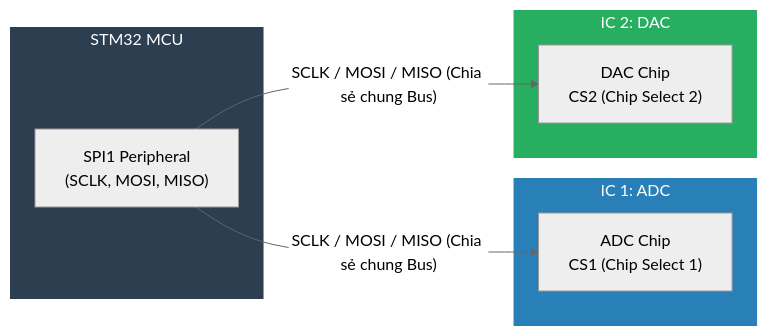
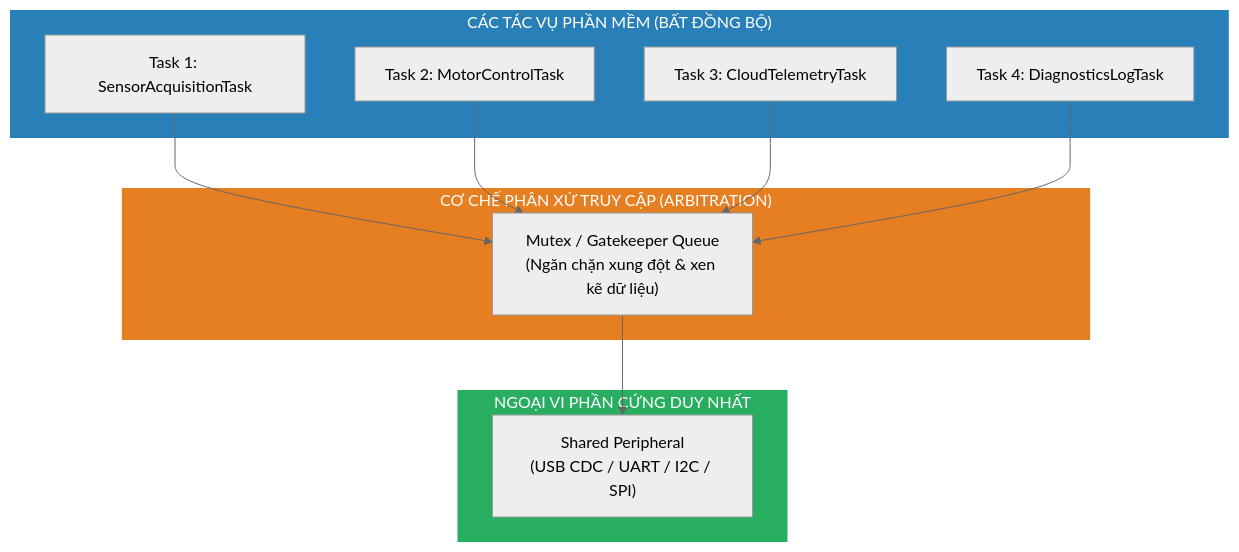
The first of 8 diagrams in 10_Sharing_Hardware_Peripherals.md (MinnT15/RTOS), drawn with Mermaid (neutral theme) before and after one commit. The commit also changed other lines of this file, not shown here.

Commit message:
docs: upgrade Chapter 10 Sharing Hardware Peripherals across Tasks to 100% textbook depth (Amos Ch11 & Barry Ch7)

````diff
--- a/10_Sharing_Hardware_Peripherals.md
+++ b/10_Sharing_Hardware_Peripherals.md
@@ -481,21 +72,27 @@
 ```mermaid
-graph LR
-    subgraph MCU ["STM32 MCU"]
-        SPI1["SPI1 Peripheral<br/>(SCLK, MOSI, MISO)"]
+graph TD
+    subgraph TASKS ["CÁC TÁC VỤ PHẦN MỀM (BẤT ĐỒNG BỘ)"]
+        T1["Task 1: SensorAcquisitionTask"]
+        T2["Task 2: MotorControlTask"]
+        T3["Task 3: CloudTelemetryTask"]
+        T4["Task 4: DiagnosticsLogTask"]
     end
-    
-    subgraph IC1 ["IC 1: ADC"]
-        ADC["ADC Chip<br/>CS1 (Chip Select 1)"]
+
+    subgraph ARB ["CƠ CHẾ PHÂN XỬ TRUY CẬP (ARBITRATION)"]
+        LOCK["Mutex / Gatekeeper Queue<br/>(Ngăn chặn xung đột & xen kẽ dữ liệu)"]
     end
-    
-    subgraph IC2 ["IC 2: DAC"]
-        DAC["DAC Chip<br/>CS2 (Chip Select 2)"]
+
+    subgraph HW ["NGOẠI VI PHẦN CỨNG DUY NHẤT"]
+        DEV["Shared Peripheral<br/>(USB CDC / UART / I2C / SPI)"]
     end
-    
-    SPI1 -- "SCLK / MOSI / MISO (Chia sẻ chung Bus)" --> ADC
-    SPI1 -- "SCLK / MOSI / MISO (Chia sẻ chung Bus)" --> DAC
-    
-    style MCU fill:#2c3e50,color:#fff,stroke:none
-    style IC1 fill:#2980b9,color:#fff,stroke:none
-    style IC2 fill:#27ae60,color:#fff,stroke:none
+
+    T1 --> LOCK
+    T2 --> LOCK
+    T3 --> LOCK
+    T4 --> LOCK
+    LOCK --> DEV
+
+    style TASKS fill:#2980b9,color:#fff,stroke:none
+    style ARB fill:#e67e22,color:#fff,stroke:none
+    style HW fill:#27ae60,color:#fff,stroke:none
 ```
````
